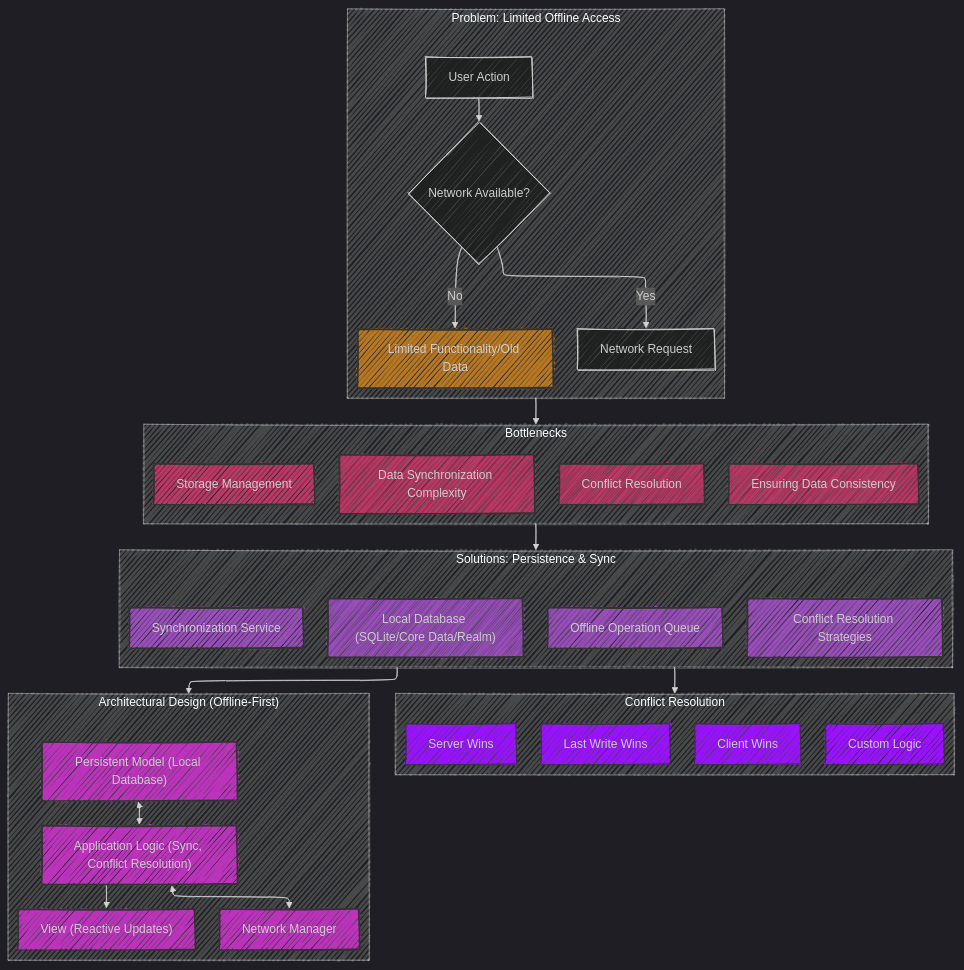
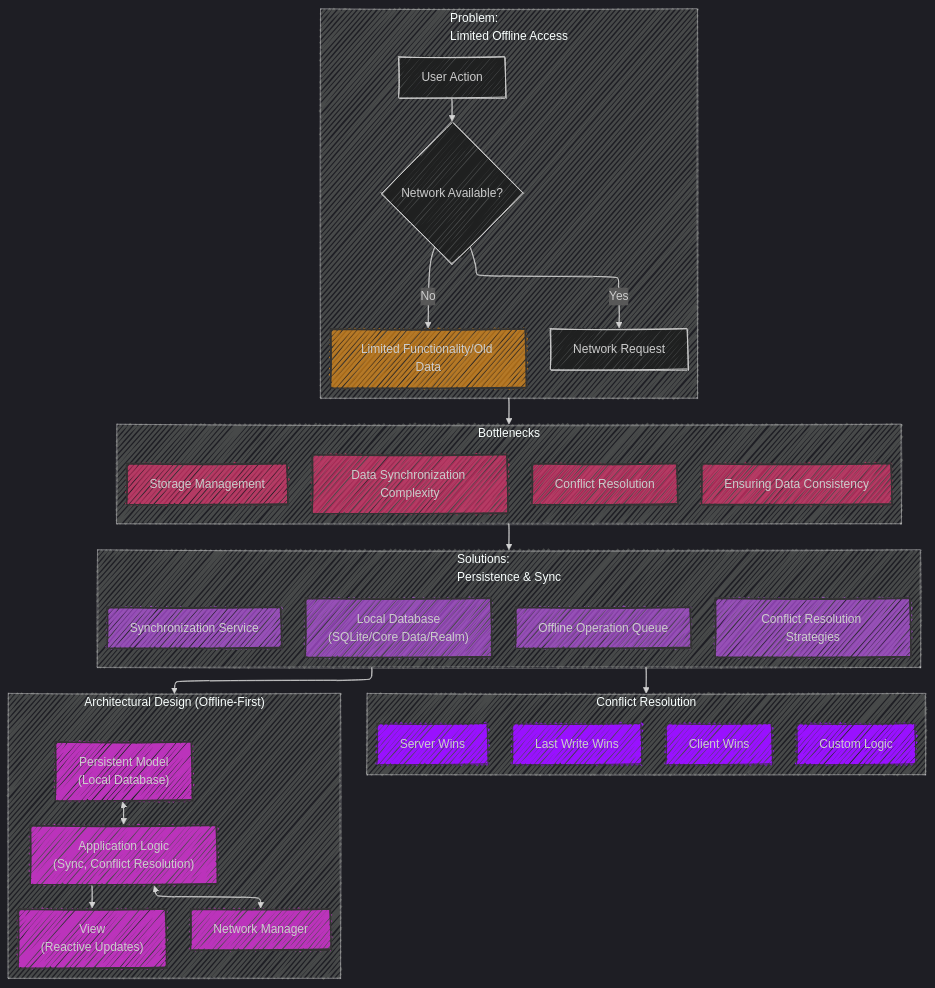
The third of 5 diagrams in Offline_Mobile_App_Architecture /Offline_App_Architecture_Evolution.md (CongLeSolutionX/iOS-development-vault), drawn with Mermaid before and after one commit. The commit also changed other lines of this file, not shown here.

````diff
--- a/Offline_Mobile_App_Architecture /Offline_App_Architecture_Evolution.md
+++ b/Offline_Mobile_App_Architecture /Offline_App_Architecture_Evolution.md
@@ -151,70 +151,70 @@
 ```mermaid
 ---
 config:
   layout: elk
   look: handDrawn
   theme: dark
 ---
 flowchart TD
-    subgraph Problem["Problem: Limited Offline Access"]
+    subgraph Problem["Problem:<br>Limited Offline Access"]
         A[User Action] --> B{Network Available?};
         B -- No --> C[Limited Functionality/Old Data];
         B -- Yes --> D[Network Request];
         style C fill:#f919,stroke:#333,stroke-width:2px
     end
 
     subgraph Bottlenecks["Bottlenecks"]
         E[Data Synchronization Complexity];
         F[Conflict Resolution];
         G[Storage Management];
         H[Ensuring Data Consistency];
           style E fill:#f379,stroke:#333,stroke-width:2px
           style F fill:#f379,stroke:#333,stroke-width:2px
           style G fill:#f379,stroke:#333,stroke-width:2px
           style H fill:#f379,stroke:#333,stroke-width:2px
     end
 
-    subgraph Solutions["Solutions: Persistence & Sync"]
-        I["Local Database (SQLite/Core Data/Realm)"];
+    subgraph Solutions["Solutions:<br>Persistence & Sync"]
+        I["Local Database<br>(SQLite/Core Data/Realm)"];
         J[Offline Operation Queue];
         K[Synchronization Service];
         L[Conflict Resolution Strategies];
           style I fill:#c5f9,stroke:#333,stroke-width:2px
           style J fill:#c5f9,stroke:#333,stroke-width:2px
           style K fill:#c5f9,stroke:#333,stroke-width:2px
           style L fill:#c5f9,stroke:#333,stroke-width:2px
 
     end
 
      subgraph ConflictStrategies["Conflict Resolution"]
         CS1[Last Write Wins]
         CS2[Client Wins]
         CS3[Server Wins]
         CS4[Custom Logic]
           style CS1 fill:#91ff,stroke:#333,stroke-width:1px
           style CS2 fill:#91ff,stroke:#333,stroke-width:1px
           style CS3 fill:#91ff,stroke:#333,stroke-width:1px
           style CS4 fill:#91ff,stroke:#333,stroke-width:1px
     end
 
     subgraph New_Architectural_Design["Architectural Design (Offline-First)"]
-        M["Persistent Model (Local Database)"];
-        N["Application Logic (Sync, Conflict Resolution)"];
-        O["View (Reactive Updates)"];
+        M["Persistent Model<br>(Local Database)"];
+        N["Application Logic<br>(Sync, Conflict Resolution)"];
+        O["View<br>(Reactive Updates)"];
         P[Network Manager];
         M <--> N;
         N --> O;
         N <--> P;
 
           style M fill:#b3bf,stroke:#333,stroke-width:2px
           style N fill:#b3bf,stroke:#333,stroke-width:2px
           style O fill:#b3bf,stroke:#333,stroke-width:2px
           style P fill:#b3bf,stroke:#333,stroke-width:2px
     end
 
     Problem --> Bottlenecks;
     Bottlenecks --> Solutions;
     Solutions --> ConflictStrategies
     Solutions --> New_Architectural_Design;
 
 ```
````
